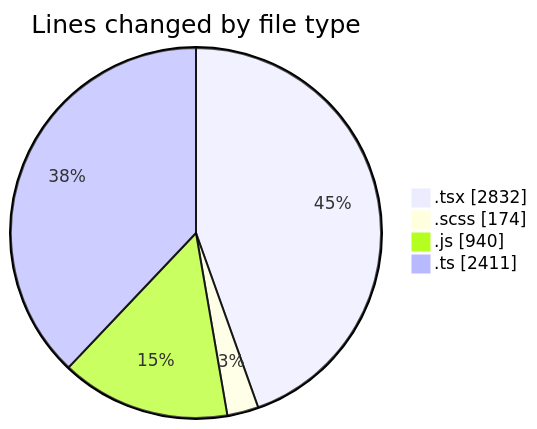
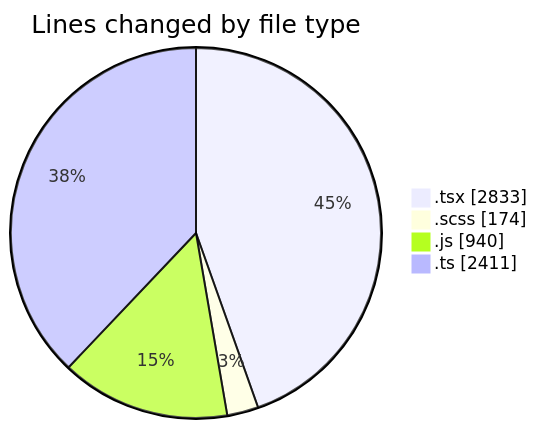
The first of 2 diagrams in 2026-07-15/cda/README.md (momahboobian/code-tracking), drawn with Mermaid before and after one commit. The commit also changed other lines of this file and 1 other file, not shown here.

````diff
--- a/2026-07-15/cda/README.md
+++ b/2026-07-15/cda/README.md
@@ -51,8 +51,8 @@
 ```mermaid
 pie showData
 title Lines changed by file type
-".tsx" : 2832
+".tsx" : 2833
 ".scss" : 174
 ".js" : 940
 ".ts" : 2411
 ```
````
